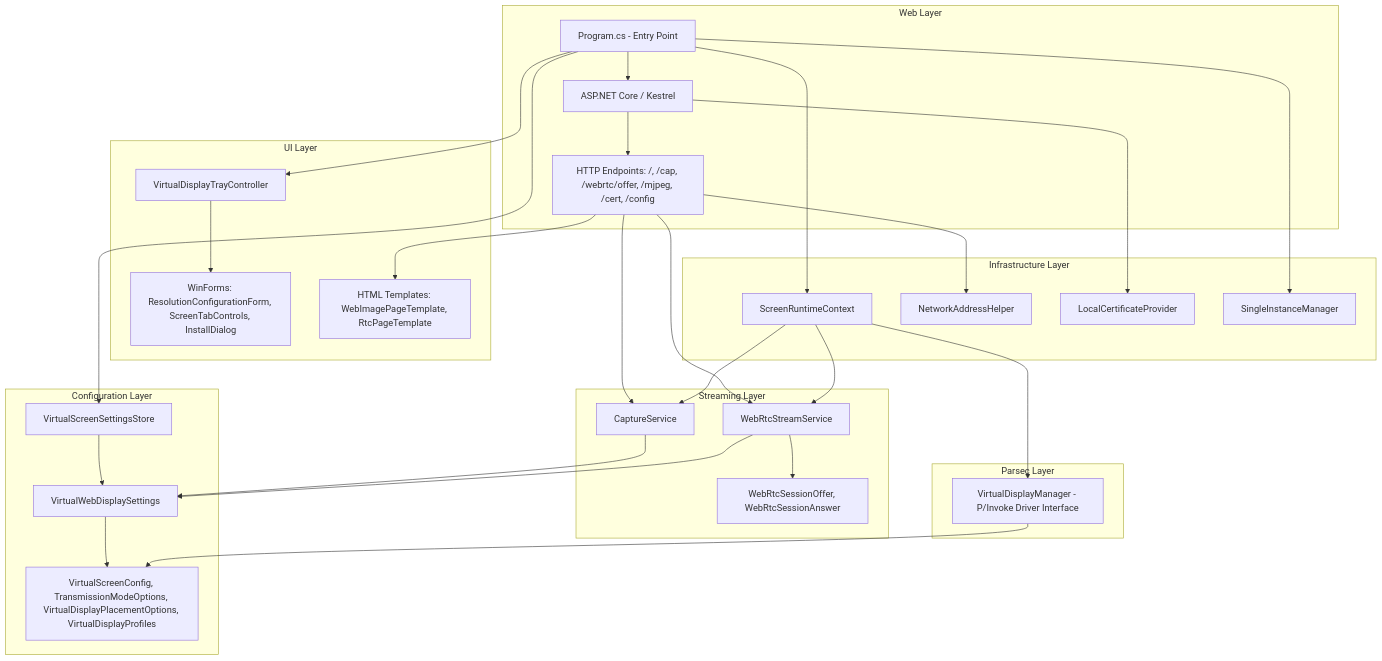
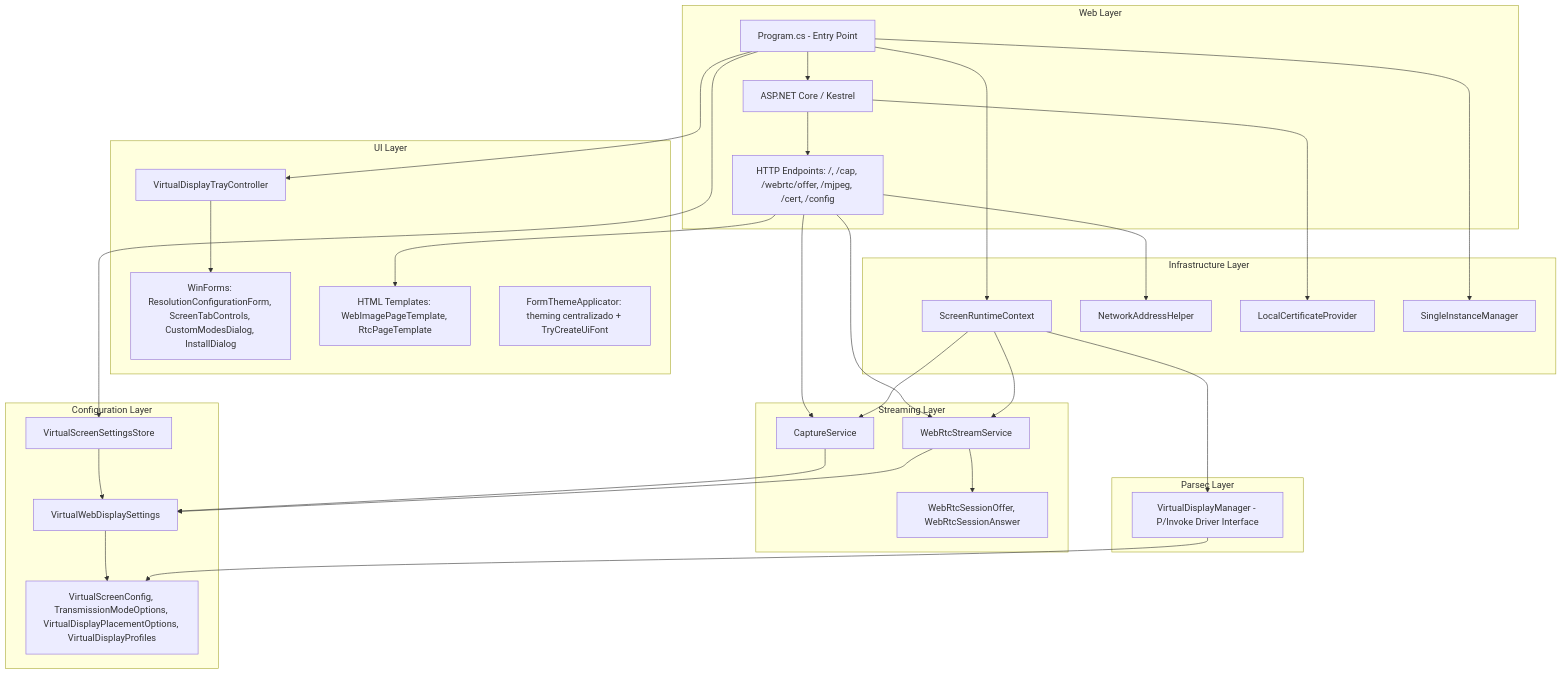
The first of 5 diagrams in docs/ARCHITECTURE.md (quiro90/VirtualWebDisplay), drawn with Mermaid before and after one commit. The commit also changed other lines of this file and 5 other files, not shown here.

````diff
--- a/docs/ARCHITECTURE.md
+++ b/docs/ARCHITECTURE.md
@@ -32,65 +32,66 @@
 ```mermaid
 graph TB
     subgraph "UI Layer"
         Tray[VirtualDisplayTrayController]
-        Forms[WinForms: ResolutionConfigurationForm, ScreenTabControls, InstallDialog]
+        Forms[WinForms: ResolutionConfigurationForm, ScreenTabControls, CustomModesDialog, InstallDialog]
         Templates[HTML Templates: WebImagePageTemplate, RtcPageTemplate]
+        Theme[FormThemeApplicator: theming centralizado + TryCreateUiFont]
     end
 
     subgraph "Web Layer"
         Program[Program.cs - Entry Point]
         Kestrel[ASP.NET Core / Kestrel]
         Endpoints[HTTP Endpoints: /, /cap, /webrtc/offer, /mjpeg, /cert, /config]
     end
 
     subgraph "Configuration Layer"
         Settings[VirtualWebDisplaySettings]
         Store[VirtualScreenSettingsStore]
         Models[VirtualScreenConfig, TransmissionModeOptions, VirtualDisplayPlacementOptions, VirtualDisplayProfiles]
     end
 
     subgraph "Streaming Layer"
         Capture[CaptureService]
         WebRTC[WebRtcStreamService]
         StreamModels[WebRtcSessionOffer, WebRtcSessionAnswer]
     end
 
     subgraph "Parsec Layer"
         VDD[VirtualDisplayManager - P/Invoke Driver Interface]
     end
 
     subgraph "Infrastructure Layer"
         Context[ScreenRuntimeContext]
         Network[NetworkAddressHelper]
         Cert[LocalCertificateProvider]
         Singleton[SingleInstanceManager]
     end
 
     Program --> Tray
     Program --> Kestrel
     Program --> Store
     Program --> Context
     Program --> Singleton
 
     Tray --> Forms
     Kestrel --> Endpoints
     Endpoints --> Templates
     Endpoints --> Capture
     Endpoints --> WebRTC
 
     Context --> VDD
     Context --> Capture
     Context --> WebRTC
 
     Capture --> Settings
     WebRTC --> Settings
     WebRTC --> StreamModels
 
     Store --> Settings
     Settings --> Models
 
     VDD --> Models
 
     Kestrel --> Cert
     Endpoints --> Network
 ```
````
